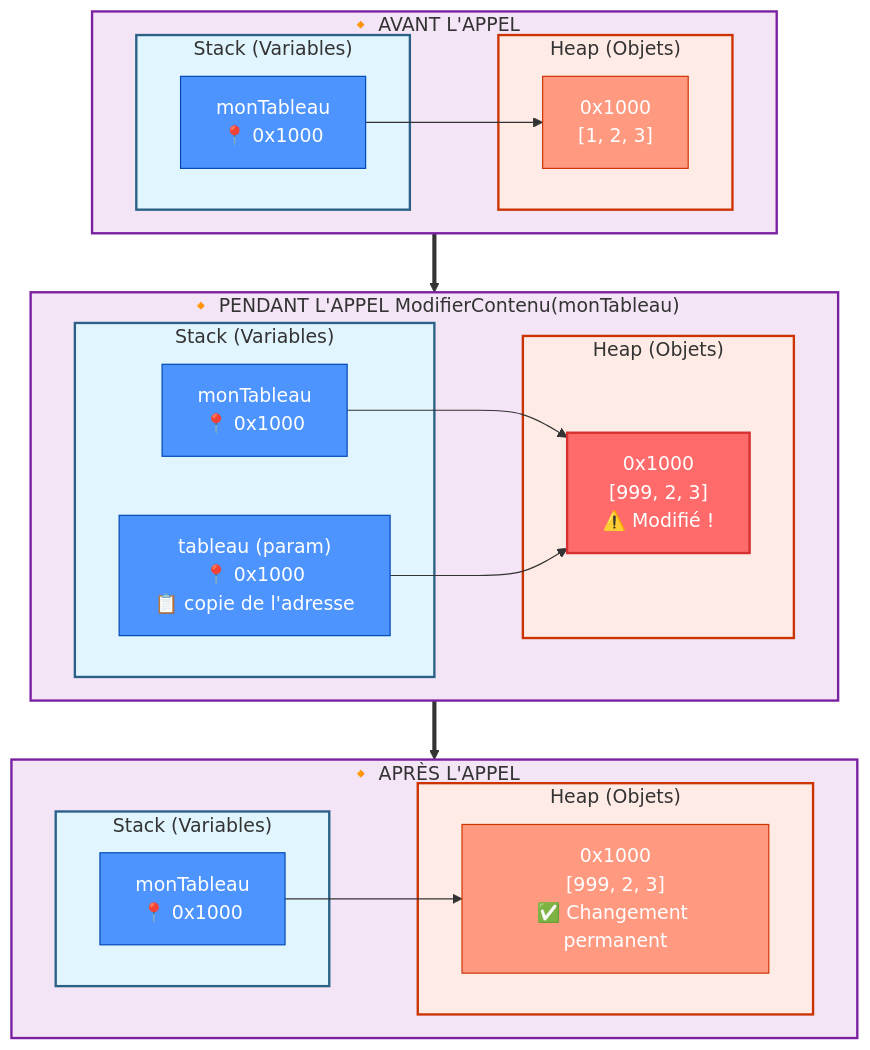
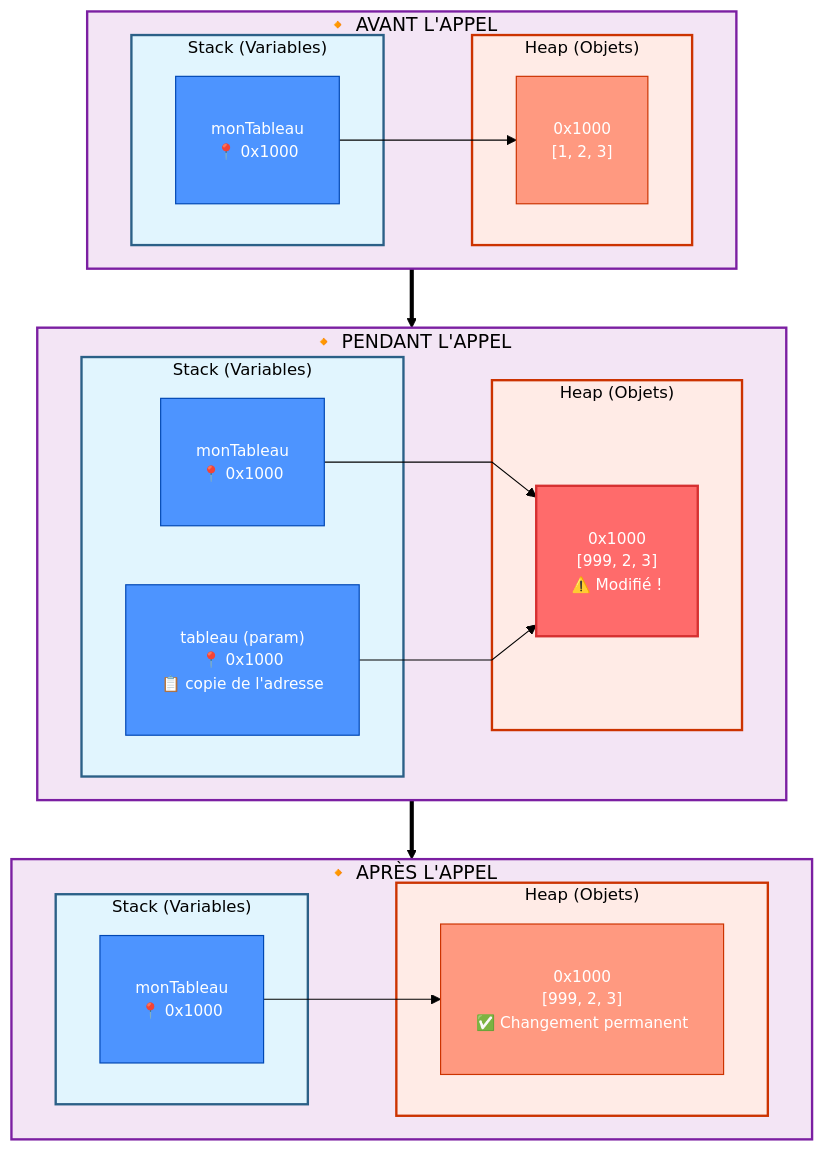
One commit to fpluquet/csharp-intro-syllabus changed the third of 6 diagrams in docs/8-fonctions.md. Above: the diagram before and after it, drawn with Mermaid. The commit also changed other lines of this file, not shown here.

Commit message:
Enhance memory visualization in function documentation with updated Mermaid flowcharts and improved styling

````diff
--- a/docs/8-fonctions.md
+++ b/docs/8-fonctions.md
@@ -278,54 +278,55 @@
 ```mermaid
+%%{init: {'theme': 'base', 'themeVariables': { 'fontSize': '16px', 'fontFamily': 'Arial', 'primaryColor': '#ffffff', 'primaryTextColor': '#000000', 'primaryBorderColor': '#000000', 'lineColor': '#000000', 'nodeSpacing': 50, 'rankSpacing': 80, 'subgraphTextSize': '14px' }, 'flowchart': { 'useMaxWidth': true, 'htmlLabels': true, 'curve': 'linear', 'subgraphTitleMargin': {'top': 5, 'bottom': 5}, 'width': 1000 }}}%%
 flowchart TB
     subgraph Avant["🔸 AVANT L'APPEL"]
         direction LR
         subgraph Stack1["Stack (Variables)"]
             V1["monTableau<br/>📍 0x1000"]
         end
         subgraph Heap1["Heap (Objets)"]
             O1["0x1000<br/>[1, 2, 3]"]
         end
         V1 --> O1
     end
     
-    subgraph Pendant["🔸 PENDANT L'APPEL ModifierContenu(monTableau)"]
+    subgraph Pendant["🔸 PENDANT L'APPEL"]
         direction LR
         subgraph Stack2["Stack (Variables)"]
             V2["monTableau<br/>📍 0x1000"]
             V3["tableau (param)<br/>📍 0x1000<br/>📋 copie de l'adresse"]
         end
         subgraph Heap2["Heap (Objets)"]
             O2["0x1000<br/>[999, 2, 3]<br/>⚠️ Modifié !"]
         end
         V2 --> O2
         V3 --> O2
     end
     
     subgraph Apres["🔸 APRÈS L'APPEL"]
         direction LR
         subgraph Stack3["Stack (Variables)"]
             V4["monTableau<br/>📍 0x1000"]
         end
         subgraph Heap3["Heap (Objets)"]
             O3["0x1000<br/>[999, 2, 3]<br/>✅ Changement permanent"]
         end
         V4 --> O3
     end
     
     Avant ==> Pendant
     Pendant ==> Apres
     
-    classDef stack fill:#e1f5fe,stroke:#2B6087,stroke-width:2px
-    classDef heap fill:#ffebe6,stroke:#CC3300,stroke-width:2px
-    classDef var fill:#4d94ff,stroke:#0047b3,stroke-width:1px,color:#fff
-    classDef obj fill:#ff9980,stroke:#cc3300,stroke-width:1px,color:#fff
-    classDef modified fill:#ff6b6b,stroke:#d63031,stroke-width:2px,color:#fff
-    classDef phase fill:#f3e5f5,stroke:#7b1fa2,stroke-width:2px
+    classDef stack fill:#e1f5fe,stroke:#2B6087,stroke-width:2px,font-size:14px,color:#000
+    classDef heap fill:#ffebe6,stroke:#CC3300,stroke-width:2px,font-size:14px,color:#000
+    classDef var fill:#4d94ff,stroke:#0047b3,stroke-width:1px,color:#fff,font-size:13px,padding:8px
+    classDef obj fill:#ff9980,stroke:#cc3300,stroke-width:1px,color:#fff,font-size:13px,padding:8px
+    classDef modified fill:#ff6b6b,stroke:#d63031,stroke-width:2px,color:#fff,font-size:13px,padding:8px
+    classDef phase fill:#f3e5f5,stroke:#7b1fa2,stroke-width:2px,font-size:16px,color:#000
     
     class Stack1,Stack2,Stack3 stack
     class Heap1,Heap2,Heap3 heap
     class V1,V2,V3,V4 var
     class O1,O3 obj
     class O2 modified
     class Avant,Pendant,Apres phase
 ```
````
